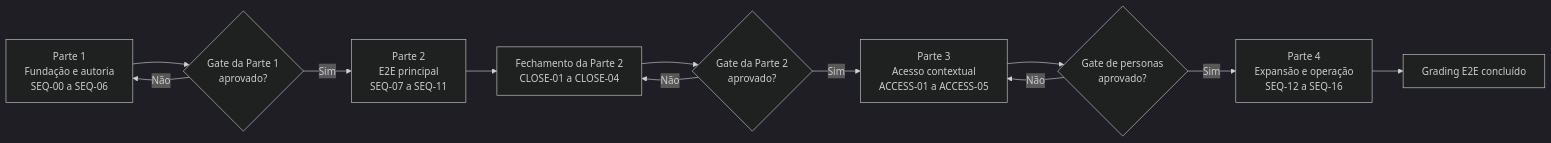
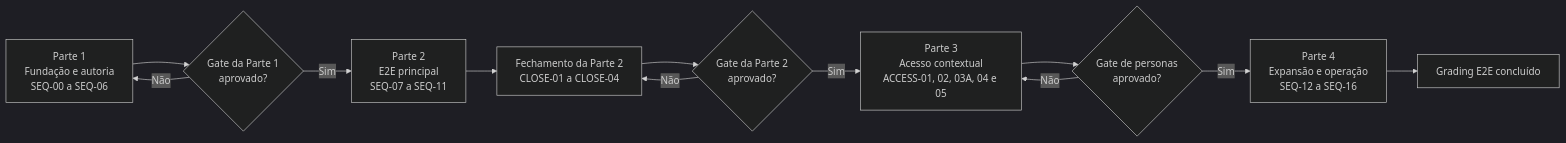
One commit to gameguild-gg/gameguild changed the diagram in docs/plans/quiz-grading-end-to-end/08-implementation-sequence.md. Above: the diagram before and after it, drawn with Mermaid (dark theme). The commit also changed other lines of this file and 64 other files, not shown here.

Commit message:
feat(grading): contextual access and personas

````diff
--- a/docs/plans/quiz-grading-end-to-end/08-implementation-sequence.md
+++ b/docs/plans/quiz-grading-end-to-end/08-implementation-sequence.md
@@ -34,24 +35,24 @@
 ```mermaid
 flowchart LR
     P1["Parte 1<br/>Fundação e autoria<br/>SEQ-00 a SEQ-06"]
     G1{"Gate da Parte 1<br/>aprovado?"}
     P2["Parte 2<br/>E2E principal<br/>SEQ-07 a SEQ-11"]
     C2["Fechamento da Parte 2<br/>CLOSE-01 a CLOSE-04"]
     G2{"Gate da Parte 2<br/>aprovado?"}
-    P3["Parte 3<br/>Acesso contextual<br/>ACCESS-01 a ACCESS-05"]
+    P3["Parte 3<br/>Acesso contextual<br/>ACCESS-01, 02, 03A, 04 e 05"]
     G3{"Gate de personas<br/>aprovado?"}
     P4["Parte 4<br/>Expansão e operação<br/>SEQ-12 a SEQ-16"]
     DONE["Grading E2E concluído"]
 
     P1 --> G1
     G1 -->|Não| P1
     G1 -->|Sim| P2
     P2 --> C2
     C2 --> G2
     G2 -->|Não| C2
     G2 -->|Sim| P3
     P3 --> G3
     G3 -->|Não| P3
     G3 -->|Sim| P4
     P4 --> DONE
 ```
````
